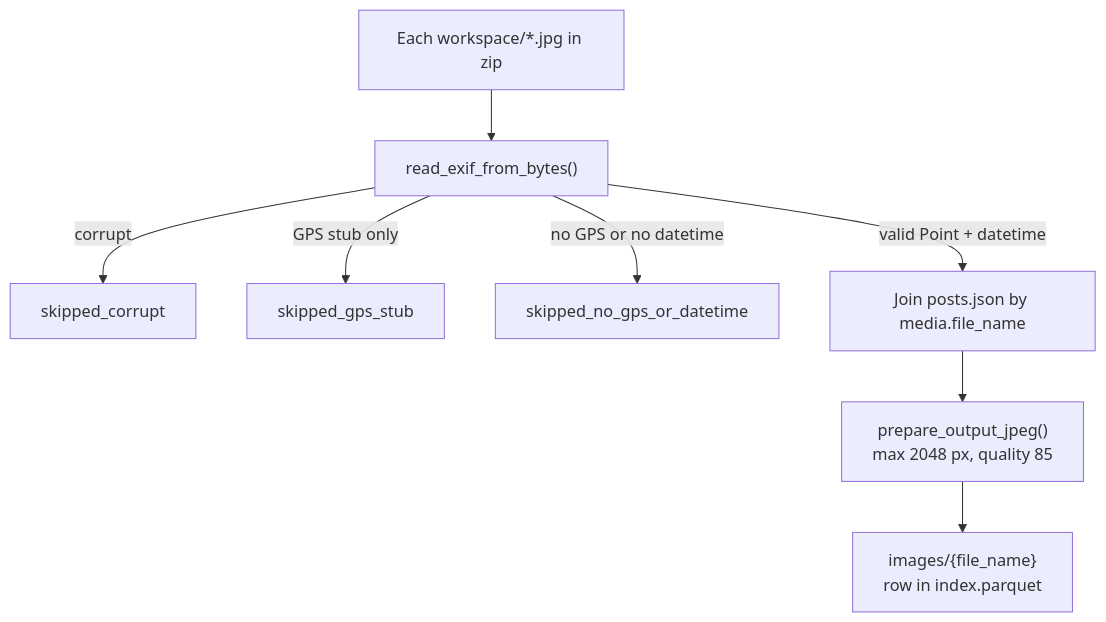
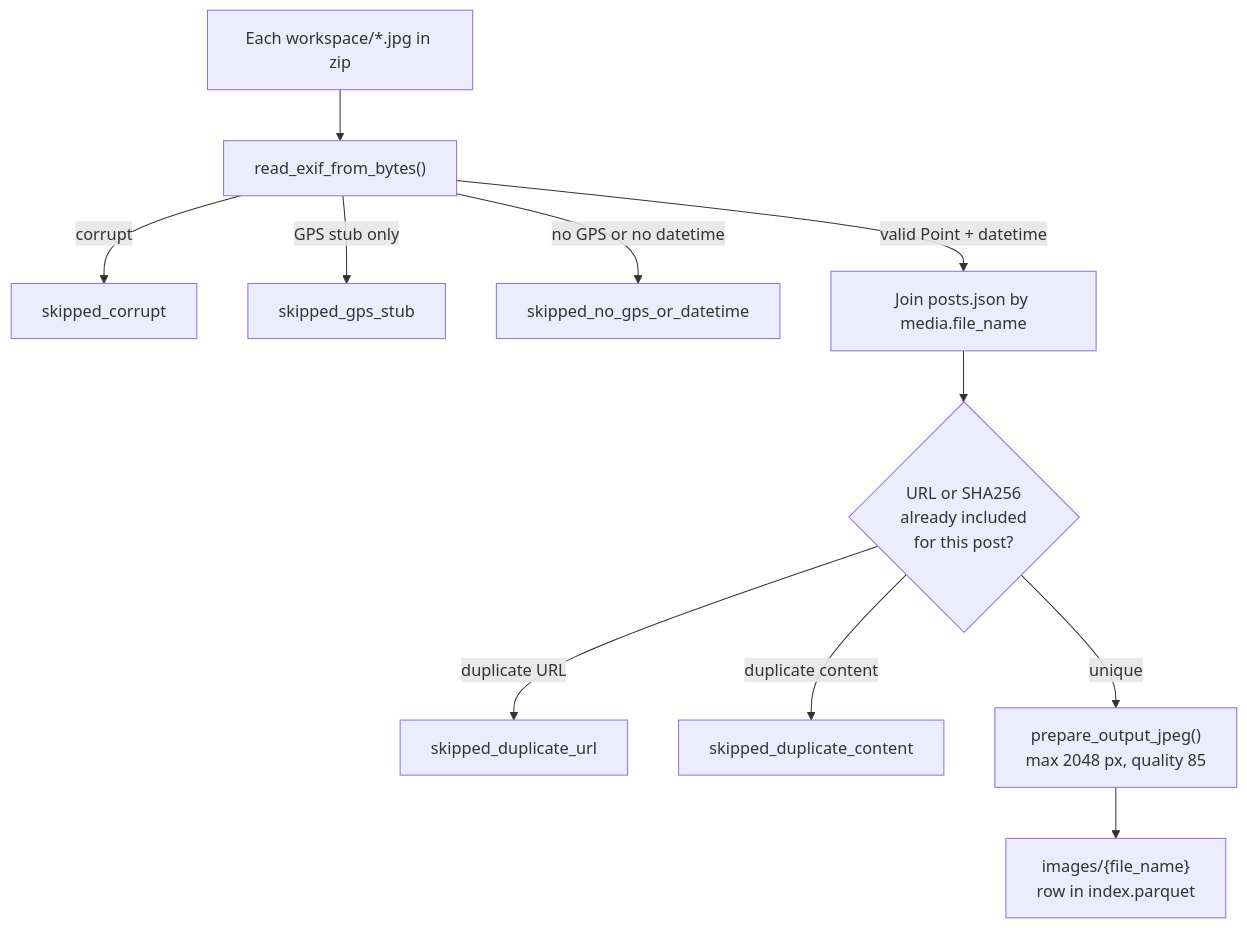
One commit to paulhosch/social_media_flood_depth_estimation changed the second of 3 diagrams in docs/EXIF_IMAGES_DATASET.md. Above: the diagram before and after it, drawn with Mermaid. The commit also changed other lines of this file and 41 other files, not shown here.

````diff
--- a/docs/EXIF_IMAGES_DATASET.md
+++ b/docs/EXIF_IMAGES_DATASET.md
@@ -67,11 +73,14 @@
 ```mermaid
 flowchart TD
   JPG["Each workspace/*.jpg in zip"]
   JPG --> READ["read_exif_from_bytes()"]
   READ -->|corrupt| SKIP_C["skipped_corrupt"]
   READ -->|GPS stub only| SKIP_G["skipped_gps_stub"]
   READ -->|no GPS or no datetime| SKIP_D["skipped_no_gps_or_datetime"]
   READ -->|valid Point + datetime| META["Join posts.json by media.file_name"]
-  META --> REENC["prepare_output_jpeg()<br/>max 2048 px, quality 85"]
+  META --> DEDUP{"URL or SHA256<br/>already included<br/>for this post?"}
+  DEDUP -->|duplicate URL| SKIP_U["skipped_duplicate_url"]
+  DEDUP -->|duplicate content| SKIP_H["skipped_duplicate_content"]
+  DEDUP -->|unique| REENC["prepare_output_jpeg()<br/>max 2048 px, quality 85"]
   REENC --> OUT["images/{file_name}<br/>row in index.parquet"]
 ```
````
